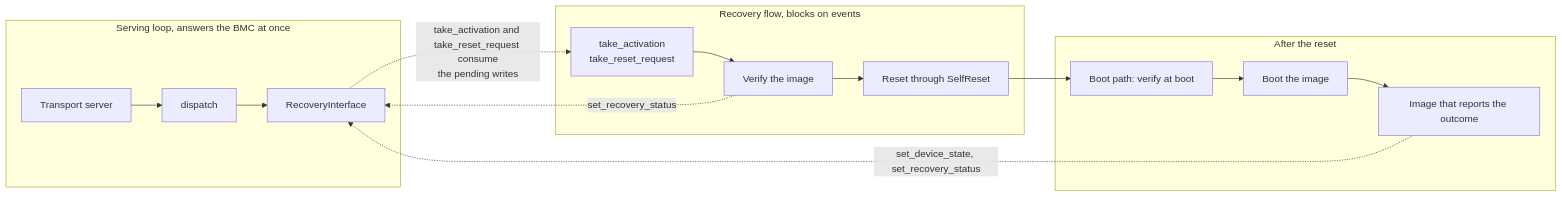
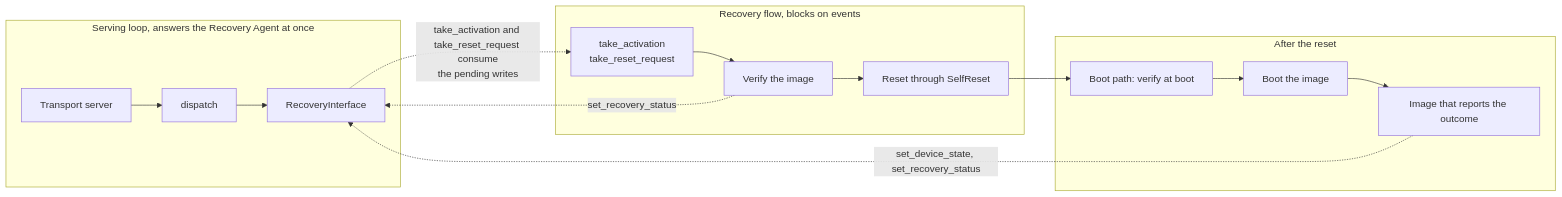
One commit to OpenPRoT/openprot changed the third of 3 diagrams in docs/src/design/ocp-recovery.md. Above: the diagram before and after it, drawn with Mermaid. The commit also changed other lines of this file and 2 other files, not shown here.

First line of the commit message:
docs: Name the Recovery Agent by role in the OCP Recovery design

````diff
--- a/docs/src/design/ocp-recovery.md
+++ b/docs/src/design/ocp-recovery.md
@@ -258,24 +262,24 @@
 ```mermaid
 flowchart LR
-    subgraph wire["Serving loop, answers the BMC at once"]
+    subgraph wire["Serving loop, answers the Recovery Agent at once"]
         transport["Transport server"]
         dispatch["dispatch"]
         file["RecoveryInterface"]
     end
     subgraph policy["Recovery flow, blocks on events"]
         takes["take_activation<br/>take_reset_request"]
         verify["Verify the image"]
         reset["Reset through SelfReset"]
     end
     subgraph after["After the reset"]
         reverify["Boot path: verify at boot"]
         boot["Boot the image"]
         report["Image that reports the outcome"]
     end
 
     transport --> dispatch --> file
     file -.->|"take_activation and take_reset_request consume<br/>the pending writes"| takes
     takes --> verify --> reset --> reverify --> boot --> report
     verify -.->|"set_recovery_status"| file
     report -.->|"set_device_state, set_recovery_status"| file
 ```
````
